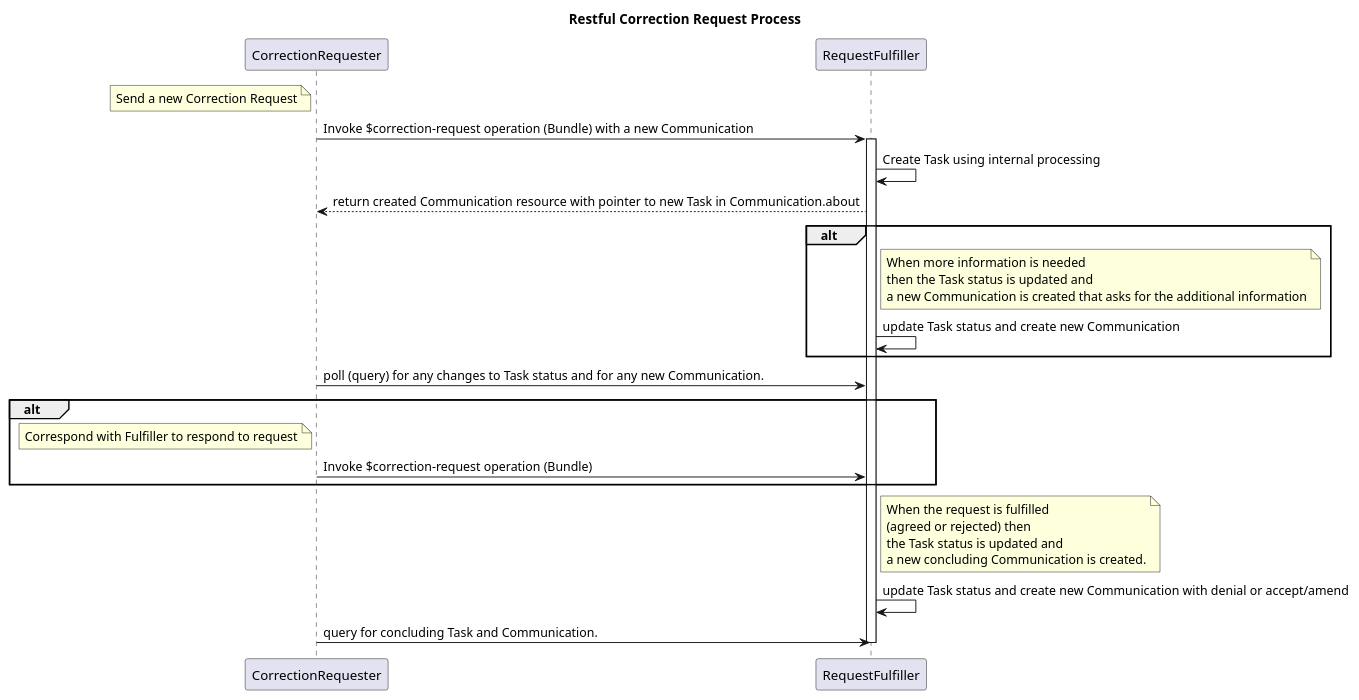
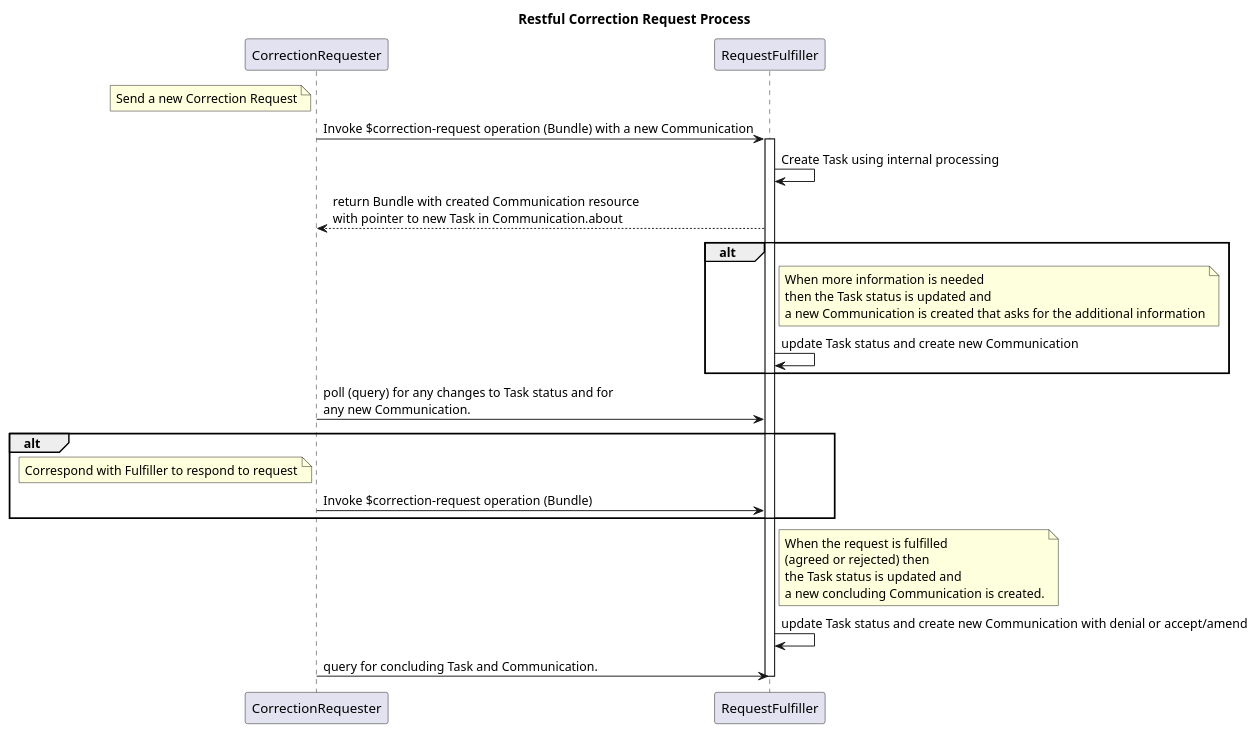
One commit to HL7/fhir-patient-correction changed the diagram in input/images-source/task-comm-request.plantuml. Above: the diagram before and after it, drawn with PlantUML. The commit also changed 6 other files, not shown here.

```diff
--- a/input/images-source/task-comm-request.plantuml
+++ b/input/images-source/task-comm-request.plantuml
@@ -1,38 +1,39 @@
 @startuml
+skinparam svgDimensionStyle false
 title Restful Correction Request Process
 
 note left of CorrectionRequester
 Send a new Correction Request
 end note
 CorrectionRequester->RequestFulfiller: Invoke $correction-request operation (Bundle) with a new Communication
 activate RequestFulfiller
 RequestFulfiller->RequestFulfiller: Create Task using internal processing
-RequestFulfiller-->CorrectionRequester: return created Communication resource with pointer to new Task in Communication.about
+RequestFulfiller-->CorrectionRequester: return Bundle with created Communication resource\nwith pointer to new Task in Communication.about
 
 alt
 note right of RequestFulfiller
 When more information is needed
 then the Task status is updated and 
 a new Communication is created that asks for the additional information
 end note
 RequestFulfiller->RequestFulfiller: update Task status and create new Communication
 end
-CorrectionRequester -> RequestFulfiller: poll (query) for any changes to Task status and for any new Communication.
+CorrectionRequester -> RequestFulfiller: poll (query) for any changes to Task status and for\nany new Communication.
 alt
 note left of CorrectionRequester
 Correspond with Fulfiller to respond to request
 end note
 CorrectionRequester->RequestFulfiller: Invoke $correction-request operation (Bundle)
 end
 note right of RequestFulfiller
 When the request is fulfilled
 (agreed or rejected) then 
 the Task status is updated and
 a new concluding Communication is created.
 end note
 RequestFulfiller->RequestFulfiller: update Task status and create new Communication with denial or accept/amend
 CorrectionRequester -> RequestFulfiller: query for concluding Task and Communication.
 
 
 Deactivate RequestFulfiller
 @enduml
```
